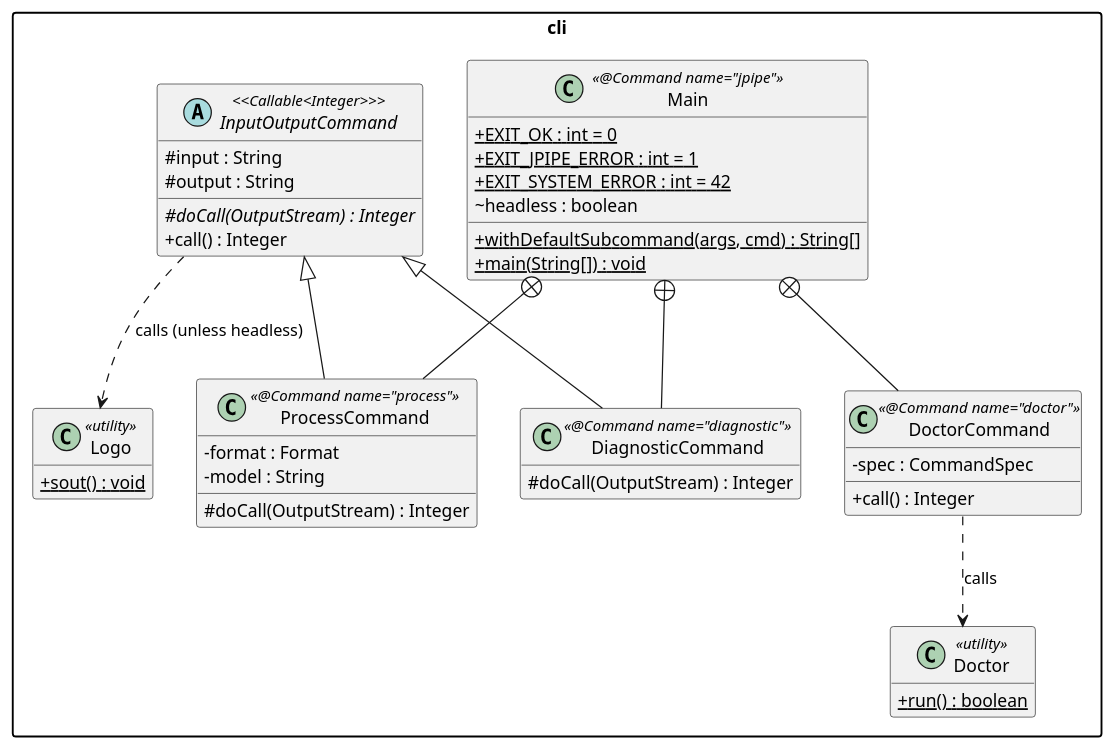
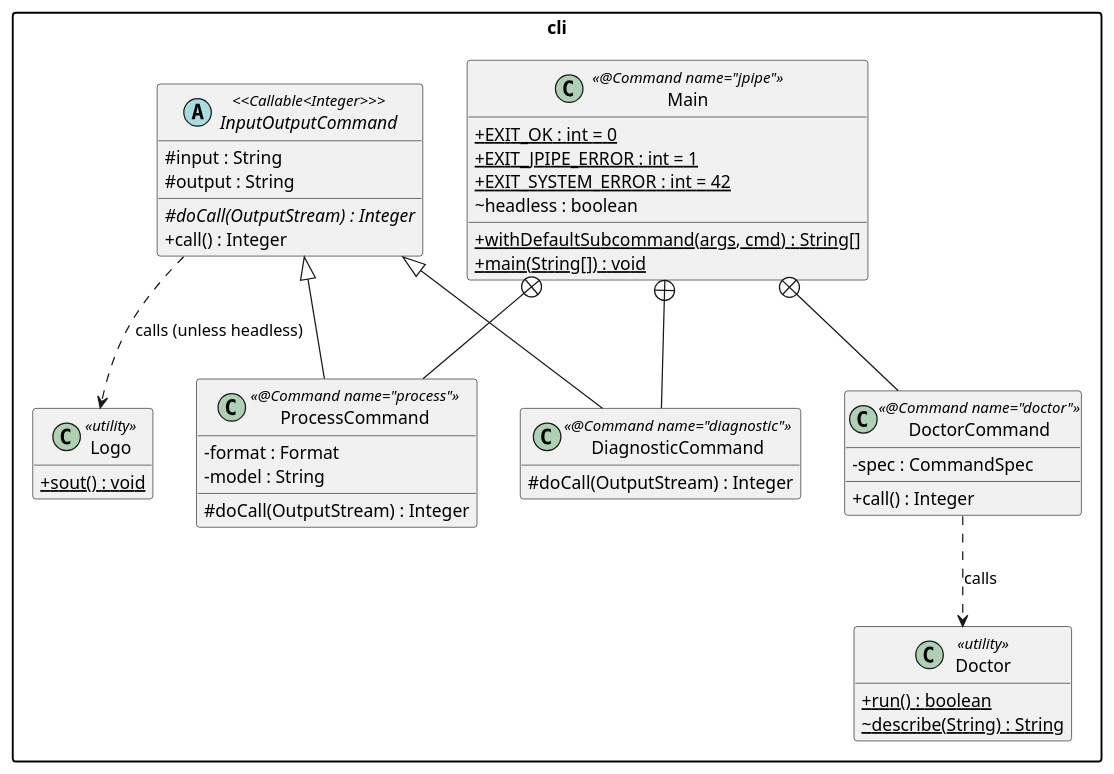
Before and after one commit to jpipe-mcscert/jpipe-compiler: the diagram in docs/design/cli.md, drawn with PlantUML. The commit also changed other lines of this file and 3 other files, not shown here.

First line of the commit message:
fix(cli): report the Graphviz version in `jpipe doctor`

````diff
--- a/docs/design/cli.md
+++ b/docs/design/cli.md
@@ -8,61 +8,62 @@
 ```plantuml
 @startuml cli
 
 skinparam packageStyle rectangle
 skinparam classAttributeIconSize 0
 hide empty members
 
 package "cli" {
 
   class Main <<@Command name="jpipe">> {
     + {static} EXIT_OK : int = 0
     + {static} EXIT_JPIPE_ERROR : int = 1
     + {static} EXIT_SYSTEM_ERROR : int = 42
     ~ headless : boolean
     + {static} withDefaultSubcommand(args, cmd) : String[]
     + {static} main(String[]) : void
   }
 
   abstract class InputOutputCommand <<Callable<Integer>>> {
     # input : String
     # output : String
     # {abstract} doCall(OutputStream) : Integer
     + call() : Integer
   }
 
   class ProcessCommand <<@Command name="process">> {
     - format : Format
     - model : String
     # doCall(OutputStream) : Integer
   }
 
   class DiagnosticCommand <<@Command name="diagnostic">> {
     # doCall(OutputStream) : Integer
   }
 
   class DoctorCommand <<@Command name="doctor">> {
     - spec : CommandSpec
     + call() : Integer
   }
 
   class Doctor <<utility>> {
     + {static} run() : boolean
+    ~ {static} describe(String) : String
   }
 
   class Logo <<utility>> {
     + {static} sout() : void
   }
 
   InputOutputCommand <|-- ProcessCommand
   InputOutputCommand <|-- DiagnosticCommand
 
   Main +-- ProcessCommand
   Main +-- DiagnosticCommand
   Main +-- DoctorCommand
 
   DoctorCommand ..> Doctor : calls
   InputOutputCommand ..> Logo : calls (unless headless)
 }
 
 @enduml
 ```
````
